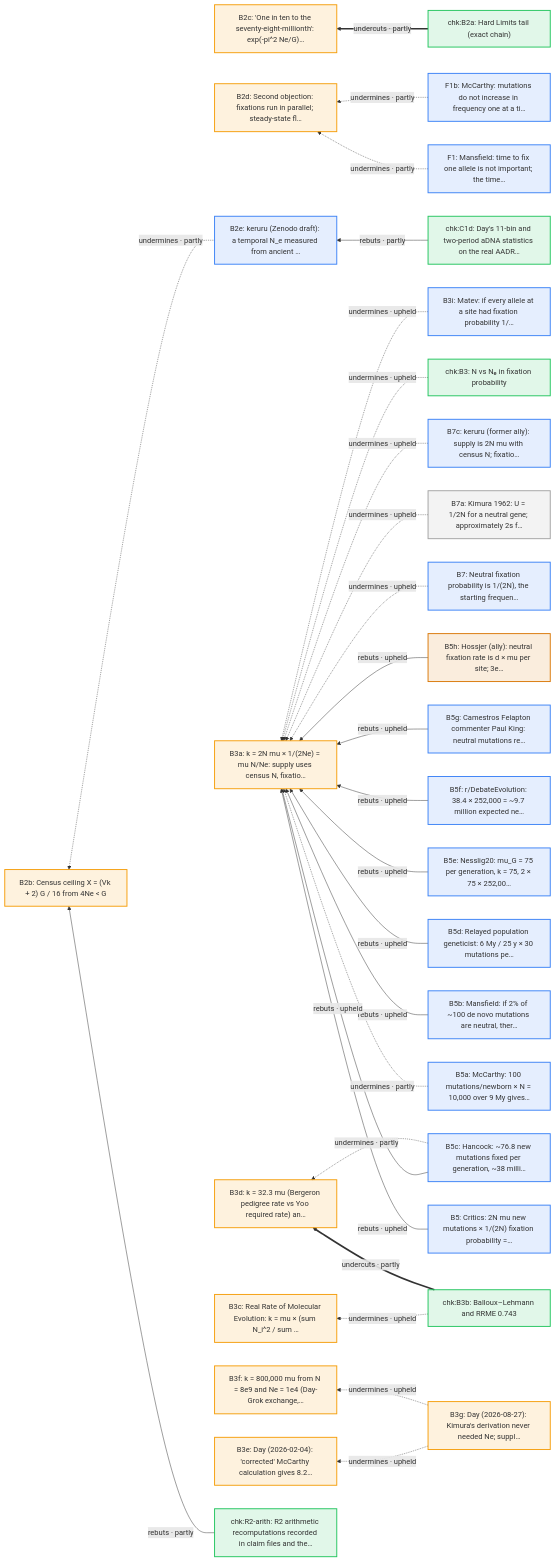
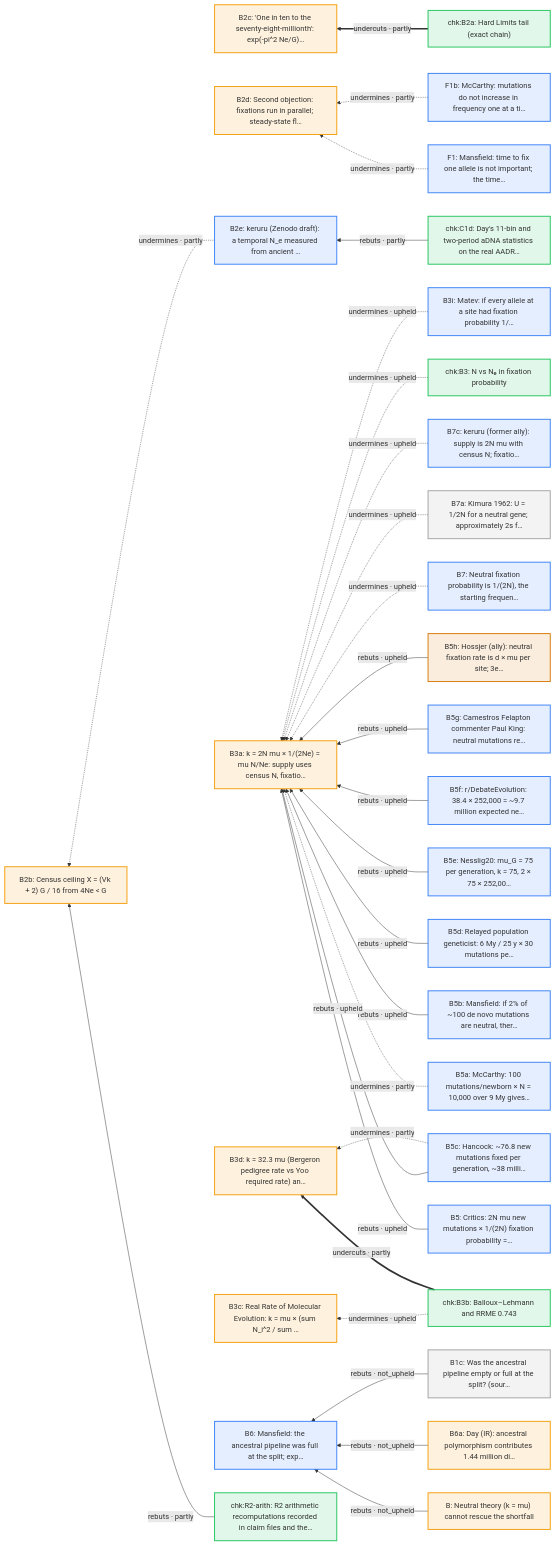
One commit to nickallevato/evo-sim changed the fifth of 18 diagrams in docs/arguments/defeaters.md. Above: the diagram before and after it, drawn with Mermaid. The commit also changed other lines of this file and 93 other files, not shown here.

````diff
--- a/docs/arguments/defeaters.md
+++ b/docs/arguments/defeaters.md
@@ -194,63 +227,65 @@
 ```mermaid
 flowchart RL
   classDef day fill:#f59e0b22,stroke:#f59e0b,stroke-width:2px
   classDef ally fill:#d9770622,stroke:#d97706,stroke-width:2px
   classDef critic fill:#3b82f622,stroke:#3b82f6,stroke-width:2px
   classDef literature fill:#a3a3a322,stroke:#a3a3a3,stroke-width:2px
   classDef audit fill:#22c55e22,stroke:#22c55e,stroke-width:2px
+  B["B: Neutral theory (k = mu) cannot rescue the shortfall"]:::day
+  B1c["B1c: Was the ancestral pipeline empty or full at the split? (sour…"]:::literature
   B2b["B2b: Census ceiling X = (Vk + 2) G / 16 from 4Ne < G"]:::day
   B2c["B2c: 'One in ten to the seventy-eight-millionth': exp(-pi^2 Ne/G)…"]:::day
   B2d["B2d: Second objection: fixations run in parallel; steady-state fl…"]:::day
   B2e["B2e: keruru (Zenodo draft): a temporal N_e measured from ancient …"]:::critic
   B3a["B3a: k = 2N mu × 1/(2Ne) = mu N/Ne: supply uses census N, fixatio…"]:::day
   B3c["B3c: Real Rate of Molecular Evolution: k = mu × (sum N_i^2 / sum …"]:::day
   B3d["B3d: k = 32.3 mu (Bergeron pedigree rate vs Yoo required rate) an…"]:::day
-  B3e["B3e: Day (2026-02-04): 'corrected' McCarthy calculation gives 8.2…"]:::day
-  B3f["B3f: k = 800,000 mu from N = 8e9 and Ne = 1e4 (Day-Grok exchange,…"]:::day
-  B3g["B3g: Day (2026-08-27): Kimura's derivation never needed Ne; suppl…"]:::day
   B3i["B3i: Matev: if every allele at a site had fixation probability 1/…"]:::critic
   B5["B5: Critics: 2N mu new mutations × 1/(2N) fixation probability =…"]:::critic
   B5a["B5a: McCarthy: 100 mutations/newborn × N = 10,000 over 9 My gives…"]:::critic
   B5b["B5b: Mansfield: if 2% of ~100 de novo mutations are neutral, ther…"]:::critic
   B5c["B5c: Hancock: ~76.8 new mutations fixed per generation, ~38 milli…"]:::critic
   B5d["B5d: Relayed population geneticist: 6 My / 25 y × 30 mutations pe…"]:::critic
   B5e["B5e: Nesslig20: mu_G = 75 per generation, k = 75, 2 × 75 × 252,00…"]:::critic
   B5f["B5f: r/DebateEvolution: 38.4 × 252,000 = ~9.7 million expected ne…"]:::critic
   B5g["B5g: Camestros Felapton commenter Paul King: neutral mutations re…"]:::critic
   B5h["B5h: Hossjer (ally): neutral fixation rate is d × mu per site; 3e…"]:::ally
+  B6["B6: Mansfield: the ancestral pipeline was full at the split; exp…"]:::critic
+  B6a["B6a: Day (IR): ancestral polymorphism contributes 1.44 million di…"]:::day
   B7["B7: Neutral fixation probability is 1/(2N), the starting frequen…"]:::critic
   B7a["B7a: Kimura 1962: U = 1/2N for a neutral gene; approximately 2s f…"]:::literature
   B7c["B7c: keruru (former ally): supply is 2N mu with census N; fixatio…"]:::critic
   F1["F1: Mansfield: time to fix one allele is not important; the time…"]:::critic
   F1b["F1b: McCarthy: mutations do not increase in frequency one at a ti…"]:::critic
   chk_B2a["chk:B2a: Hard Limits tail (exact chain)"]:::audit
   chk_B3["chk:B3: N vs Nₑ in fixation probability"]:::audit
   chk_B3b["chk:B3b: Balloux–Lehmann and RRME 0.743"]:::audit
   chk_C1d["chk:C1d: Day's 11-bin and two-period aDNA statistics on the real AADR…"]:::audit
   chk_R2_arith["chk:R2-arith: R2 arithmetic recomputations recorded in claim files and the…"]:::audit
+  B -->|"rebuts · not_upheld"| B6
+  B6a -->|"rebuts · not_upheld"| B6
+  B1c -->|"rebuts · not_upheld"| B6
   chk_R2_arith -->|"rebuts · partly"| B2b
   B2e -.->|"undermines · partly"| B2b
   chk_B2a ==>|"undercuts · partly"| B2c
   F1 -.->|"undermines · partly"| B2d
   F1b -.->|"undermines · partly"| B2d
   chk_C1d -->|"rebuts · partly"| B2e
   B5 -->|"rebuts · upheld"| B3a
   B5a -.->|"undermines · partly"| B3a
   B5b -->|"rebuts · upheld"| B3a
   B5c -->|"rebuts · upheld"| B3a
   B5d -->|"rebuts · upheld"| B3a
   B5e -->|"rebuts · upheld"| B3a
   B5f -->|"rebuts · upheld"| B3a
   B5g -->|"rebuts · upheld"| B3a
   B5h -->|"rebuts · upheld"| B3a
   B7 -.->|"undermines · upheld"| B3a
   B7a -.->|"undermines · upheld"| B3a
   B7c -.->|"undermines · upheld"| B3a
   chk_B3 -.->|"undermines · upheld"| B3a
   B3i -.->|"undermines · upheld"| B3a
   chk_B3b -.->|"undermines · upheld"| B3c
   B5c -.->|"undermines · partly"| B3d
   chk_B3b ==>|"undercuts · partly"| B3d
-  B3g -.->|"undermines · upheld"| B3e
-  B3g -.->|"undermines · upheld"| B3f
 ```
````
